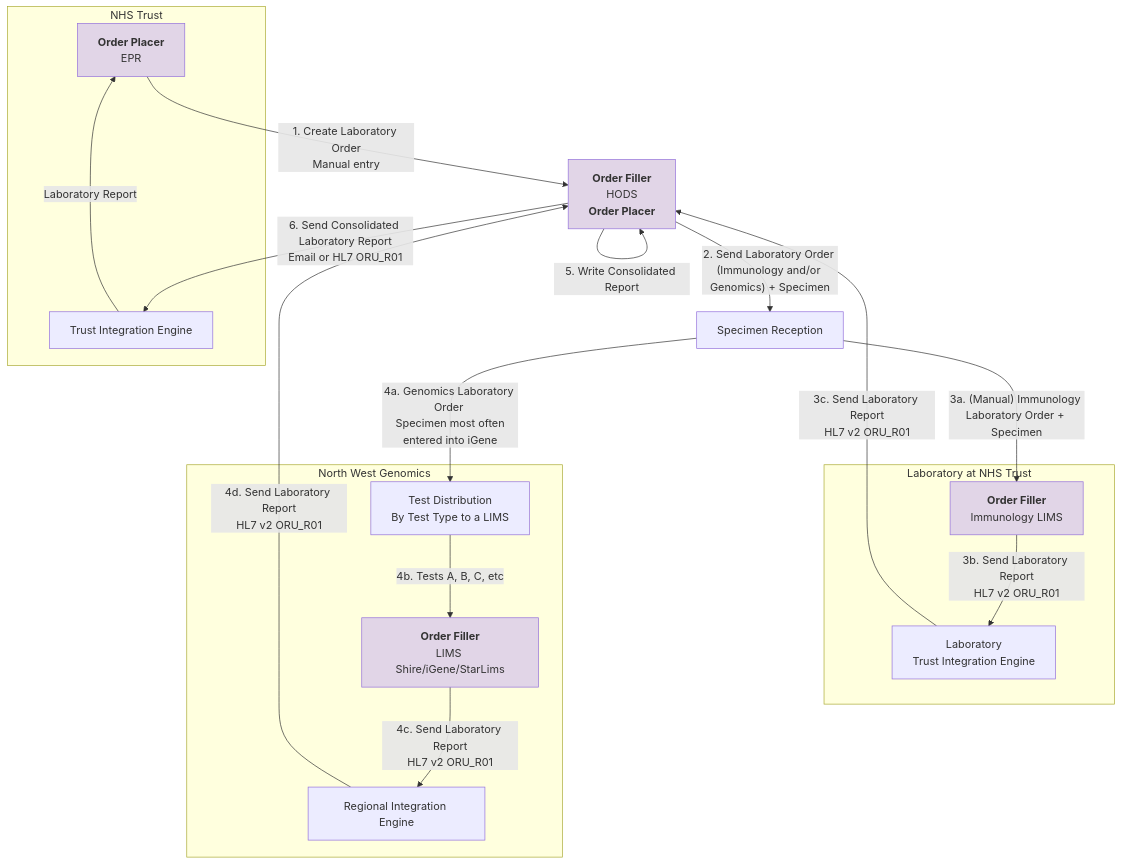
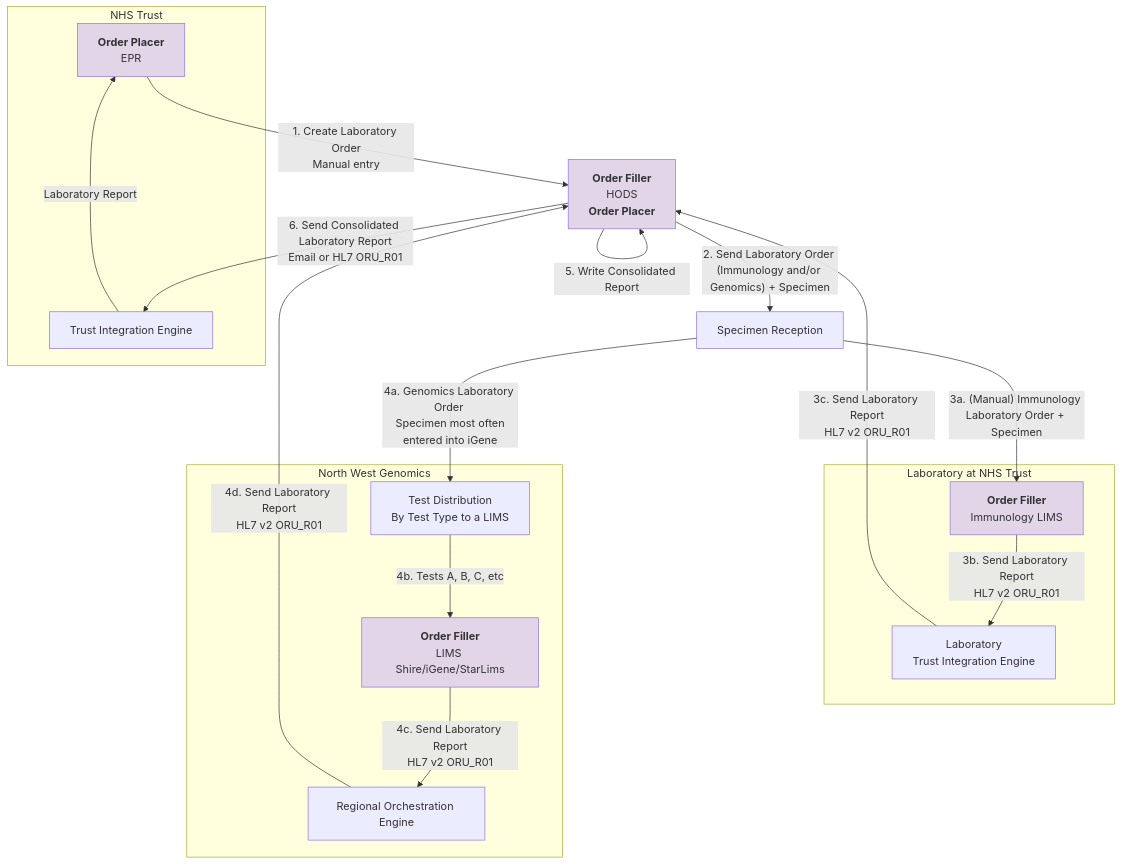
The third of 7 diagrams in input/pagecontent/business-analysis.md (uk-gov-mirror/nw-gmsa.nw-gmsa.github.com), drawn with Mermaid before and after one commit. The commit also changed other lines of this file and 55 other files, not shown here.

````diff
--- a/input/pagecontent/business-analysis.md
+++ b/input/pagecontent/business-analysis.md
@@ -279,38 +279,38 @@
 ```mermaid
 graph TD
 
     subgraph Trust[NHS Trust]
         EPR[<b>Order Placer</b><br/>EPR]
         TIE[Trust Integration Engine]
     end 
     HODS["<b>Order Filler</b><br/>HODS<br/><b>Order Placer</b>"]
     
     EPR --> |"1. Create Laboratory Order<br/>Manual entry"| HODS
     HODS --> |"2. Send Laboratory Order (Immunology and/or Genomics) + Specimen<br/>"| MFTReception[Specimen Reception]
     MFTReception --> |"3a. (Manual) Immunology Laboratory Order + Specimen"| LIMS["<b>Order Filler</b><br/>Immunology LIMS"]
    
     subgraph Laboratory["Laboratory at NHS Trust"]
         LIMS --> |3b. Send Laboratory Report<br/>HL7 v2 ORU_R01| LIE[Laboratory<br/>Trust Integration Engine]
     end 
 
     LIE --> |3c. Send Laboratory Report<br/>HL7 v2 ORU_R01| HODS
     RIE --> |4d. Send Laboratory Report<br/>HL7 v2 ORU_R01| HODS
     MFTReception --> |"4a. Genomics Laboratory Order <br/> Specimen most often entered into iGene"| TestType
     
     subgraph NWGenomics[North West Genomics]
-        RIE["Regional Integration Engine"]
+        RIE["Regional Orchestration Engine"]
     
         TestType[Test Distribution<br/>By Test Type to a LIMS] --> |4b. Tests A, B, C, etc| GLH
         GLH["<b>Order Filler</b><br/>LIMS Shire/iGene/StarLims"]
         GLH --> |4c. Send Laboratory Report<br/>HL7 v2 ORU_R01| RIE     
     end
     
     HODS --> |5. Write Consolidated Report| HODS
     HODS --> |"6. Send Consolidated Laboratory Report<br/>Email or HL7 ORU_R01"| TIE
 
     TIE --> |Laboratory Report| EPR 
 
     classDef purple fill:#E1D5E7;
 
     class EPR,HODS,GLH,LIMS purple
 ```
````
